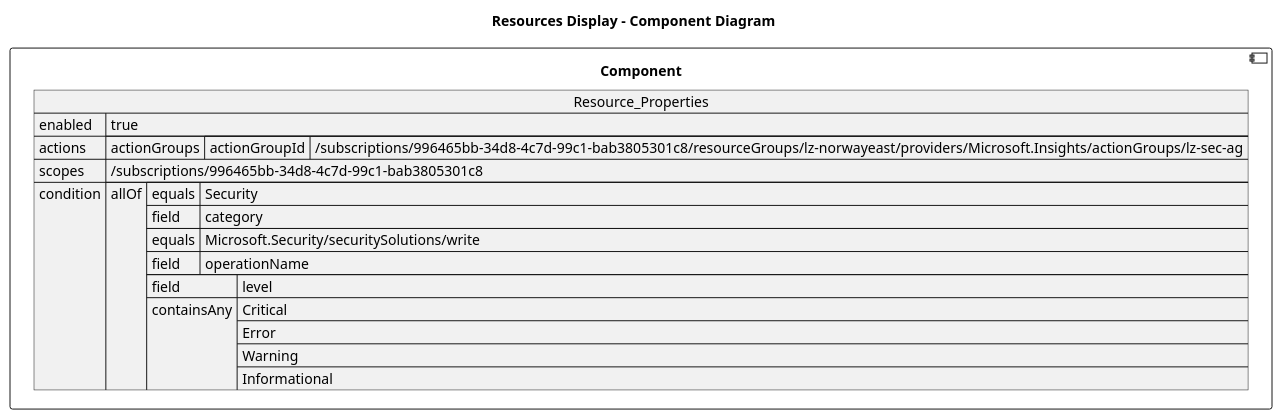
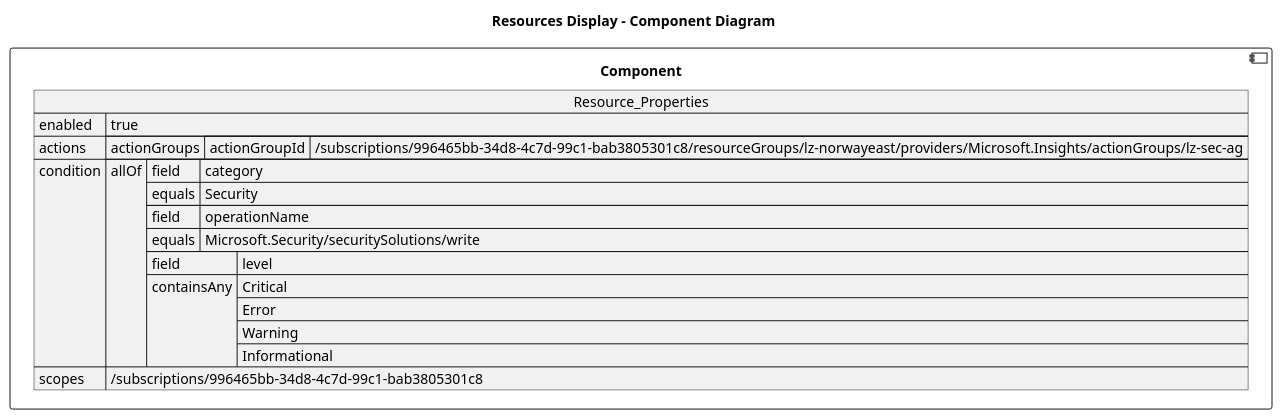
Before and after one commit to DanielAmpong/Test-Azure-architecture-diagram: the diagram in architectureDesign/PUML/lz-norwayeast_Resources/lz_sec_solution_write_alert.puml, drawn with PlantUML. The commit also changed 762 other files, not shown here.

```diff
--- a/architectureDesign/PUML/lz-norwayeast_Resources/lz_sec_solution_write_alert.puml
+++ b/architectureDesign/PUML/lz-norwayeast_Resources/lz_sec_solution_write_alert.puml
@@ -1,42 +1,42 @@
 @startuml
 
 title Resources Display - Component Diagram
 
 component Component {
 
 json  Resource_Properties {
   "enabled": true,
   "actions": {
     "actionGroups": [
       {
         "actionGroupId": "/subscriptions/996465bb-34d8-4c7d-99c1-bab3805301c8/resourceGroups/lz-norwayeast/providers/Microsoft.Insights/actionGroups/lz-sec-ag"
       }
     ]
   },
-  "scopes": [
-    "/subscriptions/996465bb-34d8-4c7d-99c1-bab3805301c8"
-  ],
   "condition": {
     "allOf": [
       {
-        "equals": "Security",
-        "field": "category"
+        "field": "category",
+        "equals": "Security"
       },
       {
-        "equals": "Microsoft.Security/securitySolutions/write",
-        "field": "operationName"
+        "field": "operationName",
+        "equals": "Microsoft.Security/securitySolutions/write"
       },
       {
         "field": "level",
         "containsAny": [
           "Critical",
           "Error",
           "Warning",
           "Informational"
         ]
       }
     ]
-  }
+  },
+  "scopes": [
+    "/subscriptions/996465bb-34d8-4c7d-99c1-bab3805301c8"
+  ]
 }
 }
 @enduml
```
